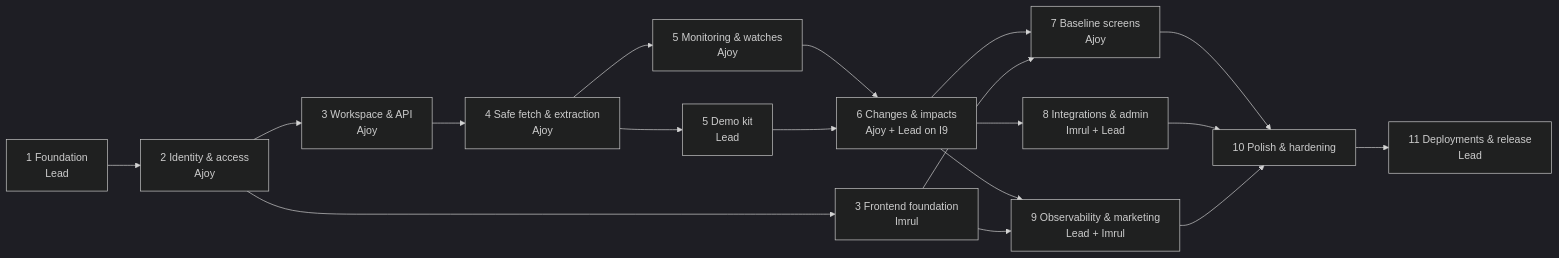
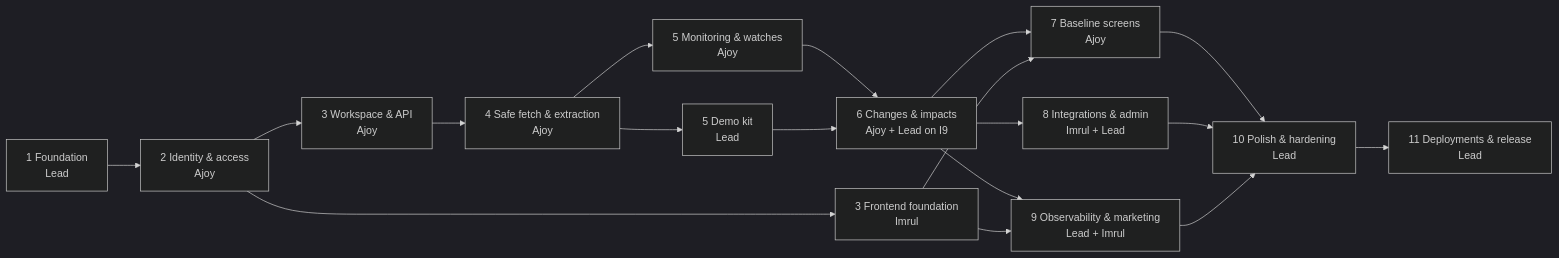
Before and after one commit to khalid999devs/SourceRipple: the diagram in docs/development/PHASE_PLAN.md, drawn with Mermaid (dark theme). The commit also changed other lines of this file and 3 other files, not shown here.

````diff
--- a/docs/development/PHASE_PLAN.md
+++ b/docs/development/PHASE_PLAN.md
@@ -31,20 +31,20 @@
 ```mermaid
 flowchart LR
   P1[1 Foundation<br/>Lead] --> P2[2 Identity & access<br/>Ajoy]
   P2 --> P3[3 Workspace & API<br/>Ajoy]
   P2 --> P3F[3 Frontend foundation<br/>Imrul]
   P3 --> P4[4 Safe fetch & extraction<br/>Ajoy]
   P4 --> P5[5 Monitoring & watches<br/>Ajoy]
   P4 --> P5D[5 Demo kit<br/>Lead]
   P5 --> P6[6 Changes & impacts<br/>Ajoy + Lead on I9]
   P5D --> P6
   P6 --> P7[7 Baseline screens<br/>Ajoy]
   P3F --> P7
   P6 --> P8[8 Integrations & admin<br/>Imrul + Lead]
   P6 --> P9[9 Observability & marketing<br/>Lead + Imrul]
   P3F --> P9
-  P7 --> P10[10 Polish & hardening]
+  P7 --> P10[10 Polish & hardening<br/>Lead]
   P8 --> P10
   P9 --> P10
   P10 --> P11[11 Deployments & release<br/>Lead]
 ```
````
